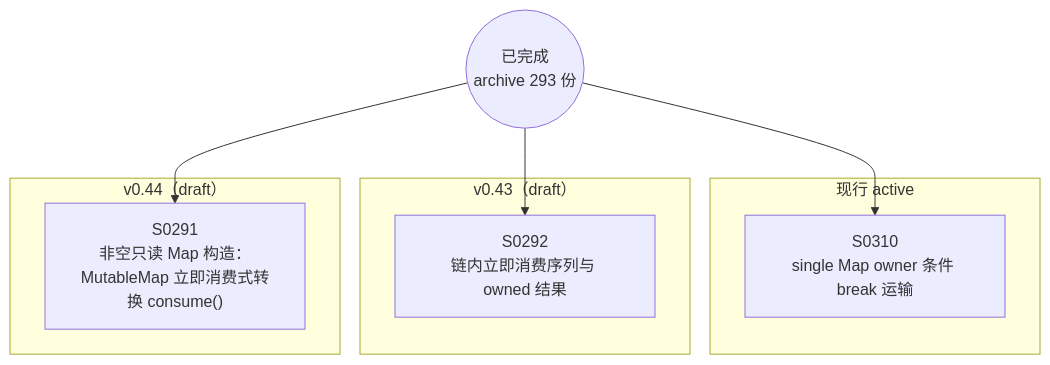
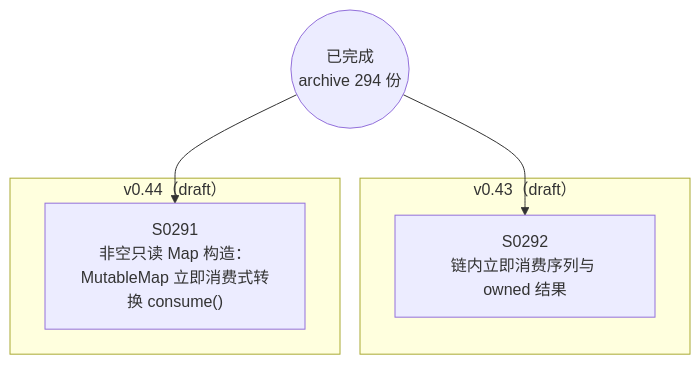
One commit to Halckon/Koven changed the diagram in docs/specs/dependency-graph.md. Above: the diagram before and after it, drawn with Mermaid. The commit also changed other lines of this file and 9 other files, not shown here.

Commit message:
docs(spec): archive bounded Map conditional break after dual-host CI

````diff
--- a/docs/specs/dependency-graph.md
+++ b/docs/specs/dependency-graph.md
@@ -9,16 +9,12 @@
 ```mermaid
 flowchart TD
-ARCH(("已完成<br/>archive 293 份"))
-subgraph Gactive["现行 active"]
-  S0310["S0310<br/>single Map owner 条件 break 运输"]
-end
+ARCH(("已完成<br/>archive 294 份"))
 subgraph Gdrafts_v043["v0.43（draft）"]
   S0292["S0292<br/>链内立即消费序列与 owned 结果"]
 end
 subgraph Gdrafts_v044["v0.44（draft）"]
   S0291["S0291<br/>非空只读 Map 构造：MutableMap 立即消费式转换 consume()"]
 end
 ARCH --> S0291
 ARCH --> S0292
-ARCH --> S0310
 ```
````
